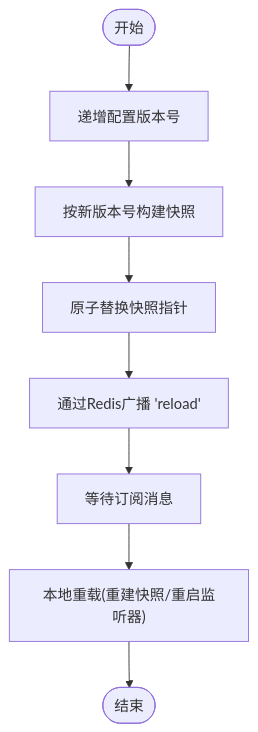
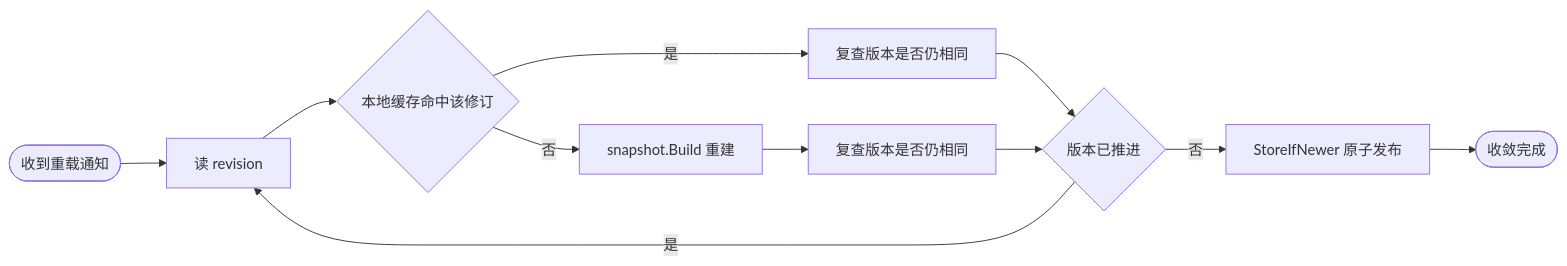
One commit to x01n/My-OpenWaf changed the fifth of 7 diagrams in docs/配置管理系统/分布式同步机制.md. Above: the diagram before and after it, drawn with Mermaid. The commit also changed other lines of this file and 622 other files, not shown here.

````diff
--- a/docs/配置管理系统/分布式同步机制.md
+++ b/docs/配置管理系统/分布式同步机制.md
@@ -148,10 +288,13 @@
 ```mermaid
-flowchart TD
-Start(["开始"]) --> IncRev["递增配置版本号"]
-IncRev --> BuildSnap["按新版本号构建快照"]
-BuildSnap --> AtomicSwap["原子替换快照指针"]
-AtomicSwap --> Broadcast["通过Redis广播 'reload'"]
-Broadcast --> WaitMsg["等待订阅消息"]
-WaitMsg --> ReloadLocal["本地重载(重建快照/重启监听器)"]
-ReloadLocal --> End(["结束"])
+flowchart LR
+S(["收到重载通知"]) --> R1["读 revision"]
+R1 --> C1{"本地缓存命中该修订"}
+C1 -- 是 --> V1["复查版本是否仍相同"]
+C1 -- 否 --> B1["snapshot.Build 重建"]
+B1 --> V2["复查版本是否仍相同"]
+V1 --> SW{"版本已推进"}
+V2 --> SW
+SW -- 是 --> R1
+SW -- 否 --> P["StoreIfNewer 原子发布"]
+P --> E(["收敛完成"])
 ```
````
